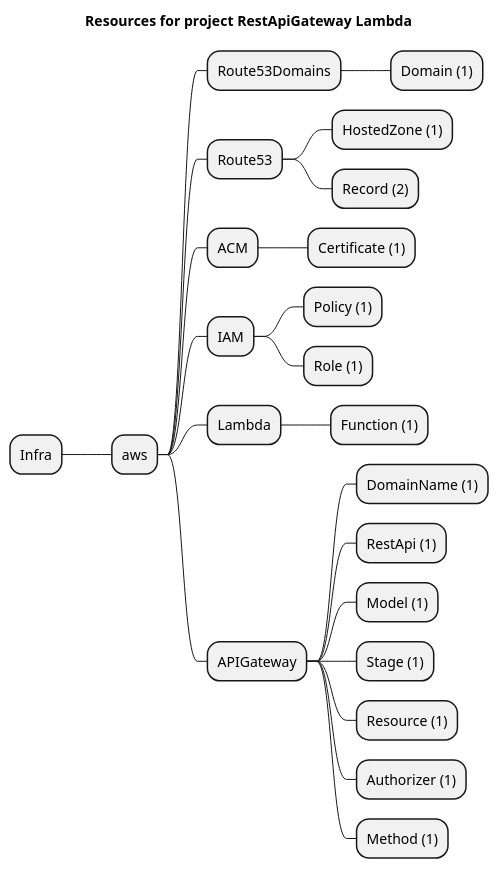
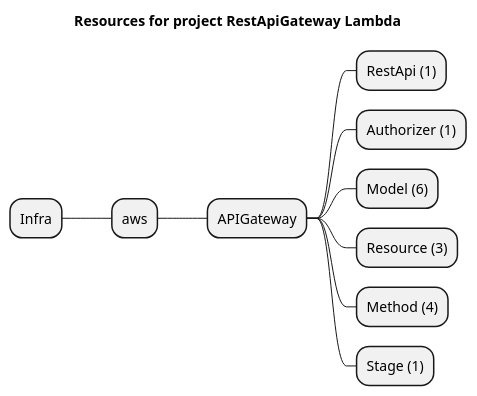
Before and after one commit to grucloud/grucloud: the diagram in examples/aws/api-gateway/restapi-lambda/artifacts/resources-mindmap.puml, drawn with PlantUML. The commit also changed 288 other files, not shown here.

```diff
--- a/examples/aws/api-gateway/restapi-lambda/artifacts/resources-mindmap.puml
+++ b/examples/aws/api-gateway/restapi-lambda/artifacts/resources-mindmap.puml
@@ -1,26 +1,13 @@
 @startmindmap
 title Resources for project RestApiGateway Lambda
 skinparam monochrome true
 + Infra
 ++ aws
-+++ Route53Domains
-++++ Domain (1)
-+++ Route53
-++++ HostedZone (1)
-++++ Record (2)
-+++ ACM
-++++ Certificate (1)
-+++ IAM
-++++ Policy (1)
-++++ Role (1)
-+++ Lambda
-++++ Function (1)
 +++ APIGateway
-++++ DomainName (1)
 ++++ RestApi (1)
-++++ Model (1)
+++++ Authorizer (1)
+++++ Model (6)
+++++ Resource (3)
+++++ Method (4)
 ++++ Stage (1)
-++++ Resource (1)
-++++ Authorizer (1)
-++++ Method (1)
 @endmindmap
```
